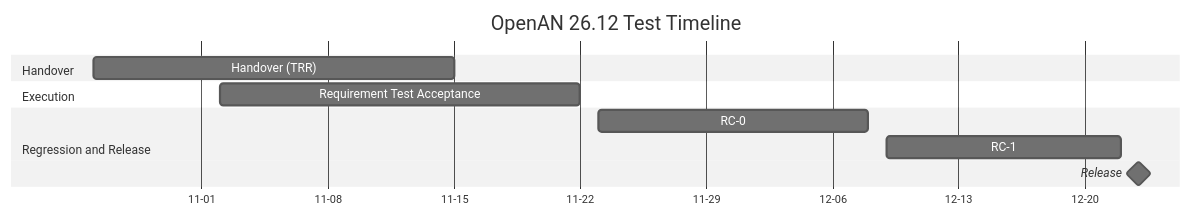
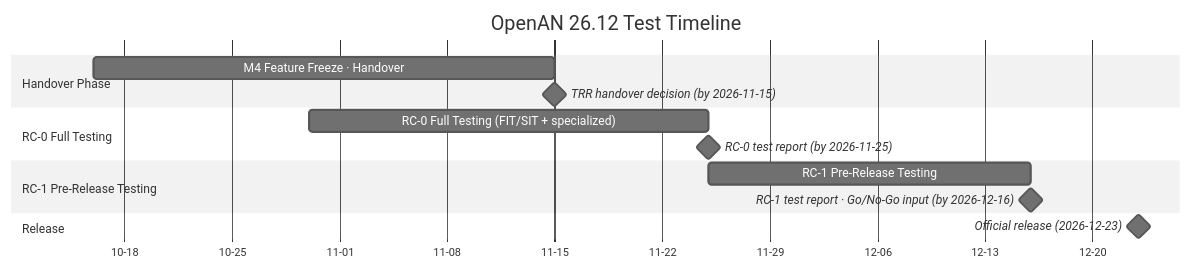
One commit to XunliYang/e2e-test changed the second of 2 diagrams in docs/openan-integration-testing-wg-homepage.md. Above: the diagram before and after it, drawn with Mermaid (neutral theme). The commit also changed other lines of this file and 1 other file, not shown here.

First line of the commit message:
docs: update WG homepage timeline, members and action items

````diff
--- a/docs/openan-integration-testing-wg-homepage.md
+++ b/docs/openan-integration-testing-wg-homepage.md
@@ -102,15 +113,22 @@
 ```mermaid
 gantt
     title OpenAN 26.12 Test Timeline
     dateFormat YYYY-MM-DD
     axisFormat %m-%d
     todayMarker off
-    section Handover
-    Handover (TRR) :trr, 2026-10-26, 2026-11-15
-    section Execution
-    Requirement Test Acceptance :fit, 2026-11-02, 2026-11-22
-    section Regression and Release
-    RC-0 :rc0, 2026-11-23, 2026-12-08
-    RC-1 :rc1, 2026-12-09, 2026-12-22
-    Release :milestone, 2026-12-23, 0d
+
+    section Handover Phase
+    M4 Feature Freeze · Handover    :m4, 2026-10-16, 30d
+    TRR handover decision (by 2026-11-15)                              :milestone, m4_trr, 2026-11-15, 0d
+
+    section RC-0 Full Testing
+    RC-0 Full Testing (FIT/SIT + specialized)   :r0, 2026-10-30, 26d
+    RC-0 test report (by 2026-11-25)                                 :milestone, r0_report, 2026-11-25, 0d
+
+    section RC-1 Pre-Release Testing
+    RC-1 Pre-Release Testing      :r1, 2026-11-25, 21d
+    RC-1 test report · Go/No-Go input (by 2026-12-16)                 :milestone, r1_report, 2026-12-16, 0d
+
+    section Release
+    Official release (2026-12-23)                                      :milestone, release, 2026-12-23, 0d
 ```
````
